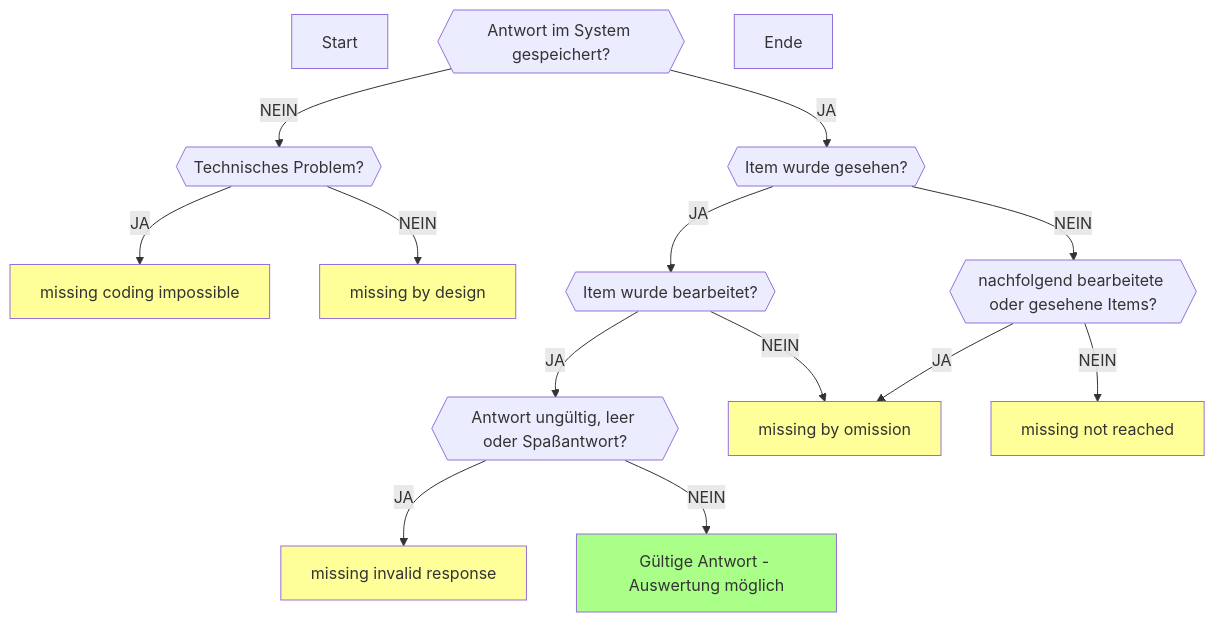
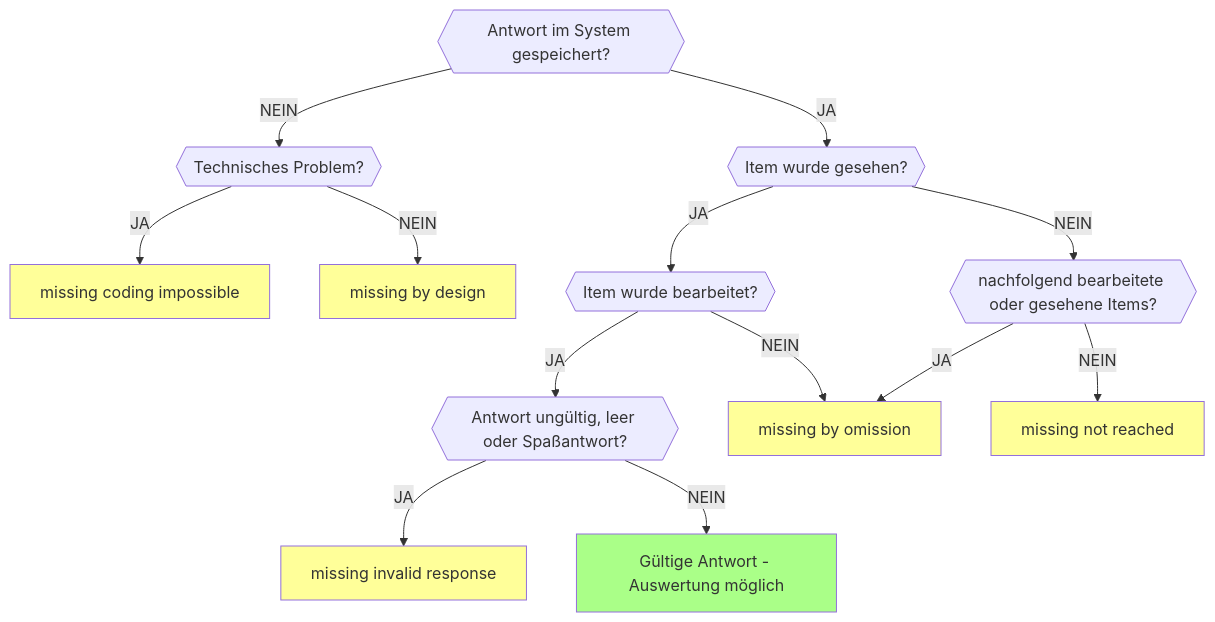
The diagram in data-structures/missings.qmd (iqb-berlin/coding-info), drawn with Mermaid before and after one commit. The commit also changed other lines of this file, not shown here.

Commit message:
Fix mermaid try4

````diff
--- a/data-structures/missings.qmd
+++ b/data-structures/missings.qmd
@@ -15,24 +17,22 @@
 ```{mermaid}
 flowchart TD
-    Start
     C{{"Antwort im System gespeichert?"}} --> |NEIN| B{{"Technisches Problem?"}}
     B -->|JA| D["missing coding impossible"]
     style D fill:#ff9
     B -->|NEIN| E["missing by design"]
     style E fill:#ff9
 
     C -->|JA| A{{"Item wurde gesehen?"}}
     A -->|JA| F{{"Item wurde bearbeitet?"}}
     style G fill:#ff9
     F -->|JA| H{{"Antwort ungültig, leer oder Spaßantwort?"}}
     A -->|NEIN| I{{"nachfolgend bearbeitete oder gesehene Items?"}}
     F -->|NEIN| J["missing by omission"]
     I -->|JA| J
     I -->|NEIN| G["missing not reached"]
     style J fill:#ff9
     H -->|JA| K["missing invalid response"]
     style K fill:#ff9
     H -->|NEIN| L["Gültige Antwort - Auswertung möglich"]
     style L fill:#af8
-    Ende
 ```
````
